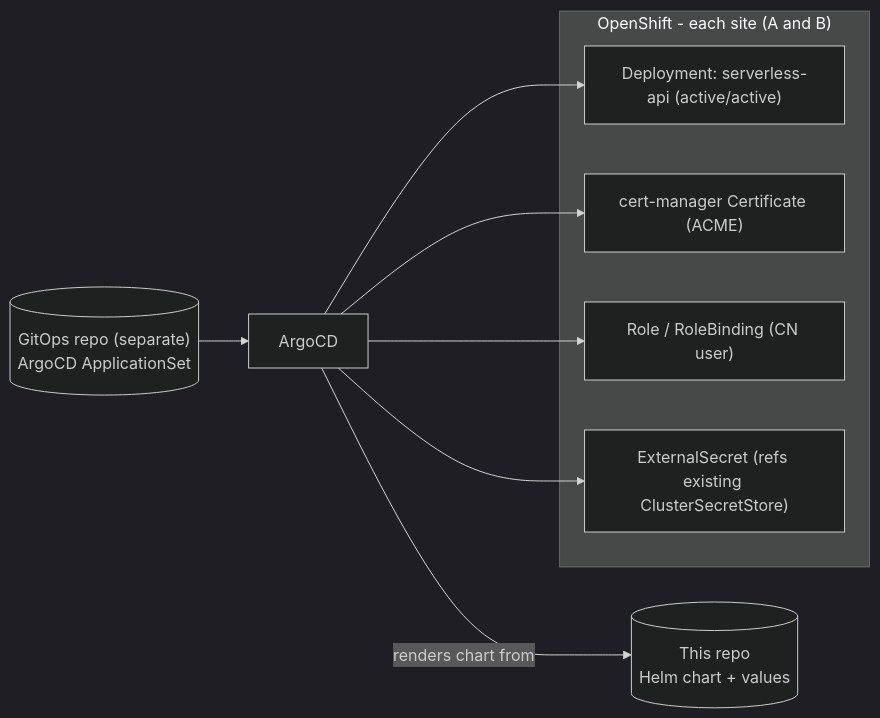
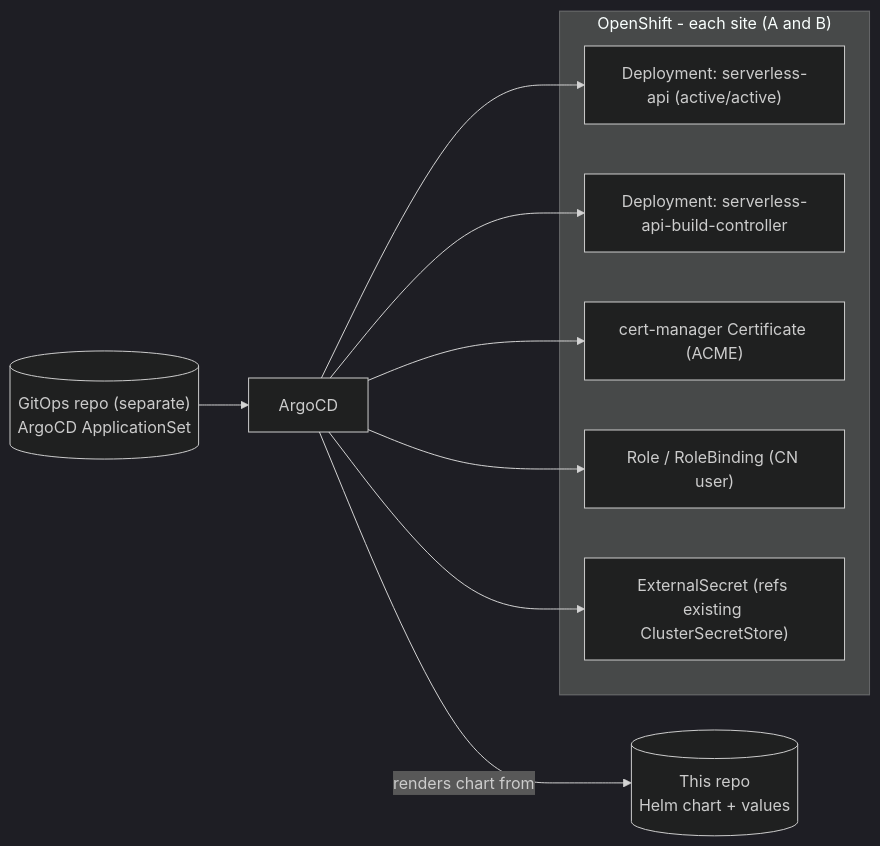
The diagram in docs/DEPLOYING.md (black-cloudlet/serverless), drawn with Mermaid (dark theme) before and after one commit. The commit also changed other lines of this file and 35 other files, not shown here.

First line of the commit message:
Add the build controller, and settle who owns a function's image (#43)

````diff
--- a/docs/DEPLOYING.md
+++ b/docs/DEPLOYING.md
@@ -19,18 +19,20 @@
 ```mermaid
 flowchart LR
     GITAPP[("GitOps repo (separate)<br/>ArgoCD ApplicationSet")]
     GITHELM[("This repo<br/>Helm chart + values")]
     ARGO["ArgoCD"]
     subgraph Cluster["OpenShift - each site (A and B)"]
         DEP["Deployment: serverless-api (active/active)"]
+        BC["Deployment: serverless-api-build-controller"]
         CERT["cert-manager Certificate (ACME)"]
         RBAC["Role / RoleBinding (CN user)"]
         ESOC["ExternalSecret (refs existing ClusterSecretStore)"]
     end
     GITAPP --> ARGO
     ARGO -->|renders chart from| GITHELM
     ARGO --> DEP
+    ARGO --> BC
     ARGO --> CERT
     ARGO --> RBAC
     ARGO --> ESOC
 ```
````
